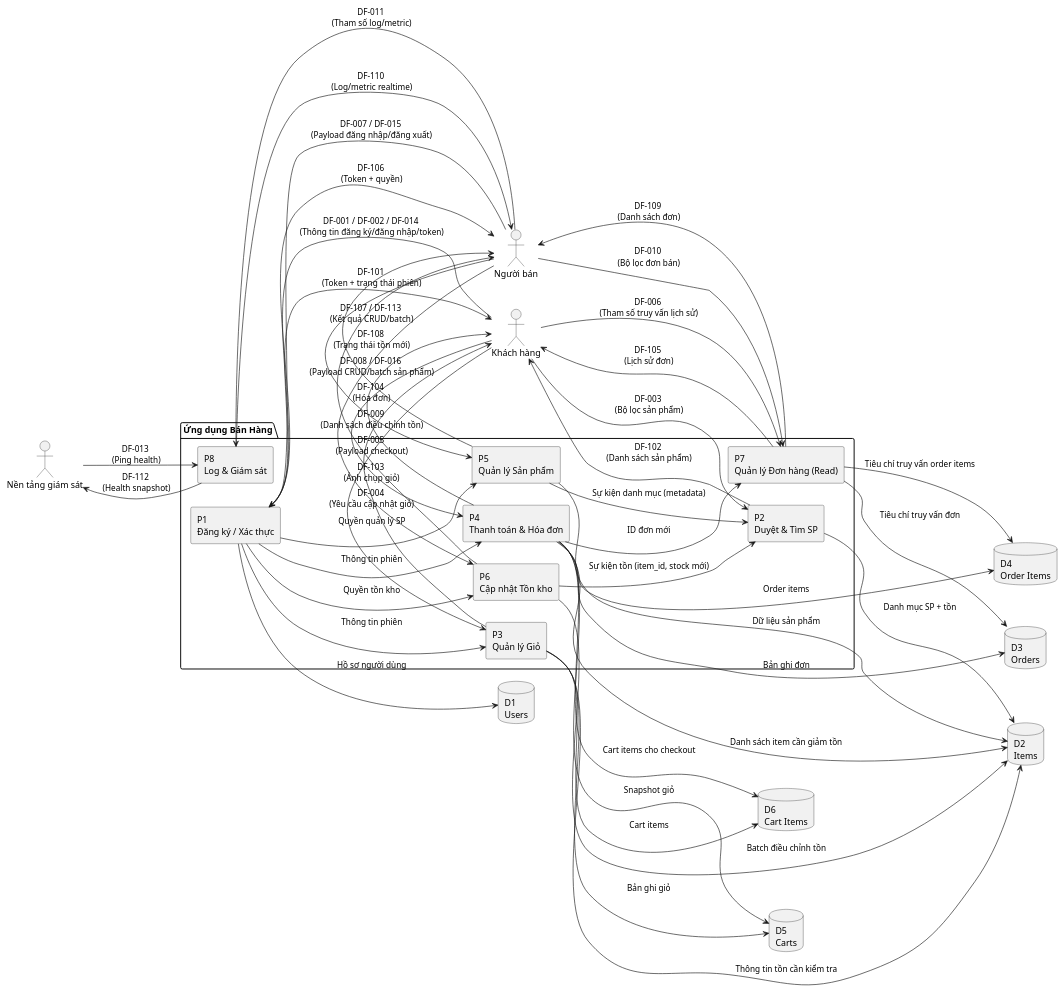
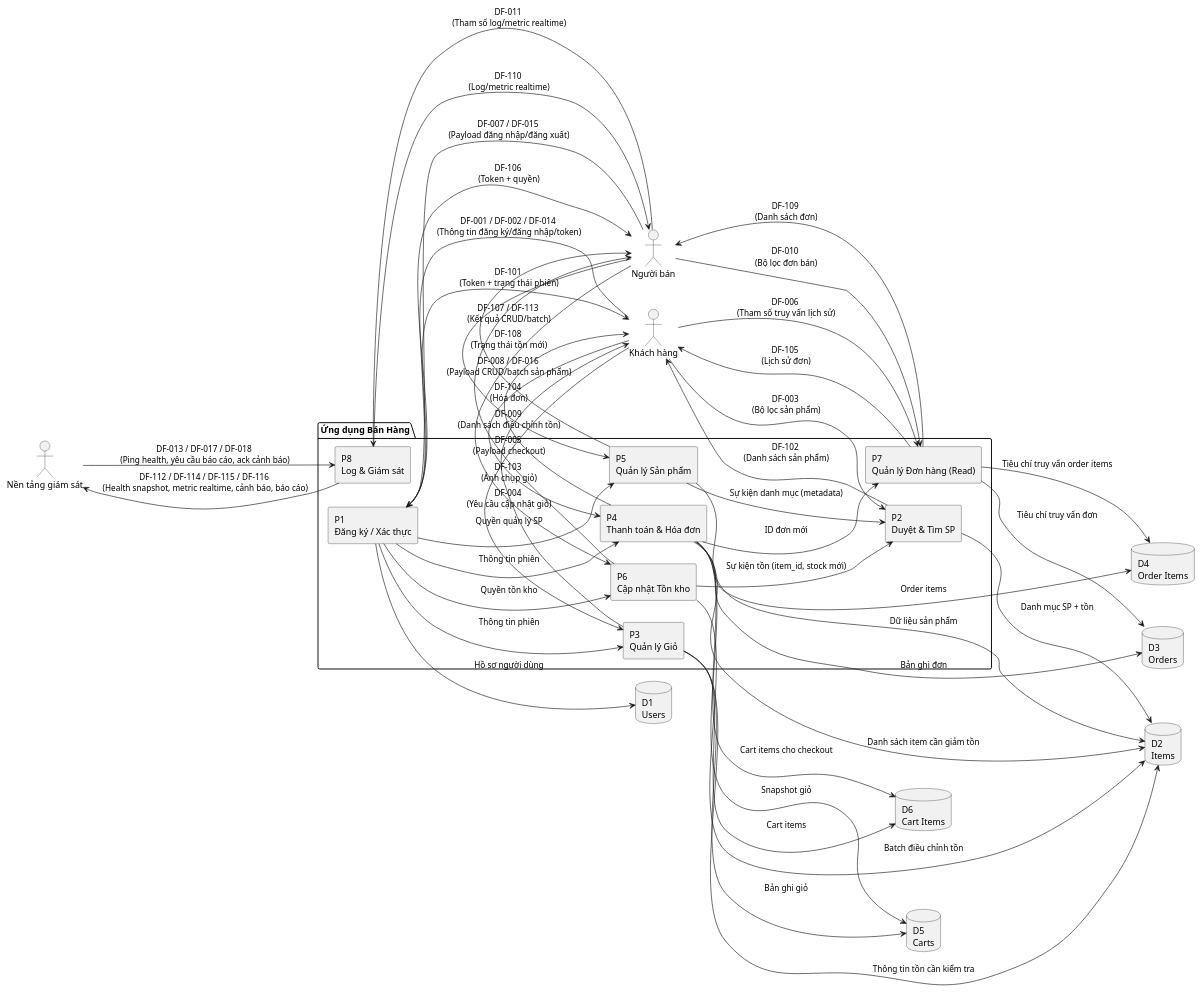
The diagram in Diagrams/software_dfd_level1.puml (KhoaNguyen01004/QuanLyBanHang), drawn with PlantUML before and after one commit. The commit also changed 6 other files, not shown here.

```diff
--- a/Diagrams/software_dfd_level1.puml
+++ b/Diagrams/software_dfd_level1.puml
@@ -1,80 +1,80 @@
 @startuml DFD_Level_1
 hide stereotype
 left to right direction
 ' Legend: P# = Process, D# = Data Store
 
 actor "Khách hàng" as Customer
 actor "Người bán" as Merchant
 actor "Nền tảng giám sát" as Monitor
 
 package "Ứng dụng Bán Hàng" as System {
   rectangle "P1\nĐăng ký / Xác thực" as P1
   rectangle "P2\nDuyệt & Tìm SP" as P2
   rectangle "P3\nQuản lý Giỏ" as P3
   rectangle "P4\nThanh toán & Hóa đơn" as P4
   rectangle "P5\nQuản lý Sản phẩm" as P5
   rectangle "P6\nCập nhật Tồn kho" as P6
   rectangle "P7\nQuản lý Đơn hàng (Read)" as P7
   rectangle "P8\nLog & Giám sát" as P8
 }
 
 ' Data Stores
 database "D1\nUsers" as D1
 database "D2\nItems" as D2
 database "D3\nOrders" as D3
 database "D4\nOrder Items" as D4
 database "D5\nCarts" as D5
 database "D6\nCart Items" as D6
 
 ' External interactions
 Customer --> P1 : DF-001 / DF-002 / DF-014 \n(Thông tin đăng ký/đăng nhập/token)
 Customer --> P2 : DF-003 \n(Bộ lọc sản phẩm)
 Customer --> P3 : DF-004 \n(Yêu cầu cập nhật giỏ)
 Customer --> P4 : DF-005 \n(Payload checkout)
 Customer --> P7 : DF-006 \n(Tham số truy vấn lịch sử)
 Merchant --> P1 : DF-007 / DF-015 \n(Payload đăng nhập/đăng xuất)
 Merchant --> P5 : DF-008 / DF-016 \n(Payload CRUD/batch sản phẩm)
 Merchant --> P6 : DF-009 \n(Danh sách điều chỉnh tồn)
 Merchant --> P7 : DF-010 \n(Bộ lọc đơn bán)
-Merchant --> P8 : DF-011 \n(Tham số log/metric)
-Monitor --> P8 : DF-013 \n(Ping health)
+Merchant --> P8 : DF-011 \n(Tham số log/metric realtime)
+Monitor --> P8 : DF-013 / DF-017 / DF-018 \n(Ping health, yêu cầu báo cáo, ack cảnh báo)
 
 ' Process-to-process
 P1 --> P3 : Thông tin phiên
 P1 --> P4 : Thông tin phiên
 P1 --> P5 : Quyền quản lý SP
 P1 --> P6 : Quyền tồn kho
 P4 --> P7 : ID đơn mới
 P6 --> P2 : Sự kiện tồn (item_id, stock mới)
 P5 --> P2 : Sự kiện danh mục (metadata)
 
 ' Process ↔ Data Store
 P1 --> D1 : Hồ sơ người dùng
 P2 --> D2 : Danh mục SP + tồn
 P3 --> D5 : Bản ghi giỏ
 P3 --> D6 : Cart items
 P3 --> D2 : Thông tin tồn cần kiểm tra
 P4 --> D5 : Snapshot giỏ
 P4 --> D6 : Cart items cho checkout
 P4 --> D3 : Bản ghi đơn
 P4 --> D4 : Order items
 P4 --> D2 : Danh sách item cần giảm tồn
 P5 --> D2 : Dữ liệu sản phẩm
 P6 --> D2 : Batch điều chỉnh tồn
 P7 --> D3 : Tiêu chí truy vấn đơn
 P7 --> D4 : Tiêu chí truy vấn order items
 
 ' Process responses
 P1 --> Customer : DF-101 \n(Token + trạng thái phiên)
 P2 --> Customer : DF-102 \n(Danh sách sản phẩm)
 P3 --> Customer : DF-103 \n(Ảnh chụp giỏ)
 P4 --> Customer : DF-104 \n(Hóa đơn)
 P7 --> Customer : DF-105 \n(Lịch sử đơn)
 P1 --> Merchant : DF-106 \n(Token + quyền)
 P5 --> Merchant : DF-107 / DF-113 \n(Kết quả CRUD/batch)
 P6 --> Merchant : DF-108 \n(Trạng thái tồn mới)
 P7 --> Merchant : DF-109 \n(Danh sách đơn)
 P8 --> Merchant : DF-110 \n(Log/metric realtime)
-P8 --> Monitor : DF-112 \n(Health snapshot)
+P8 --> Monitor : DF-112 / DF-114 / DF-115 / DF-116 \n(Health snapshot, metric realtime, cảnh báo, báo cáo)
 
 @enduml
```
